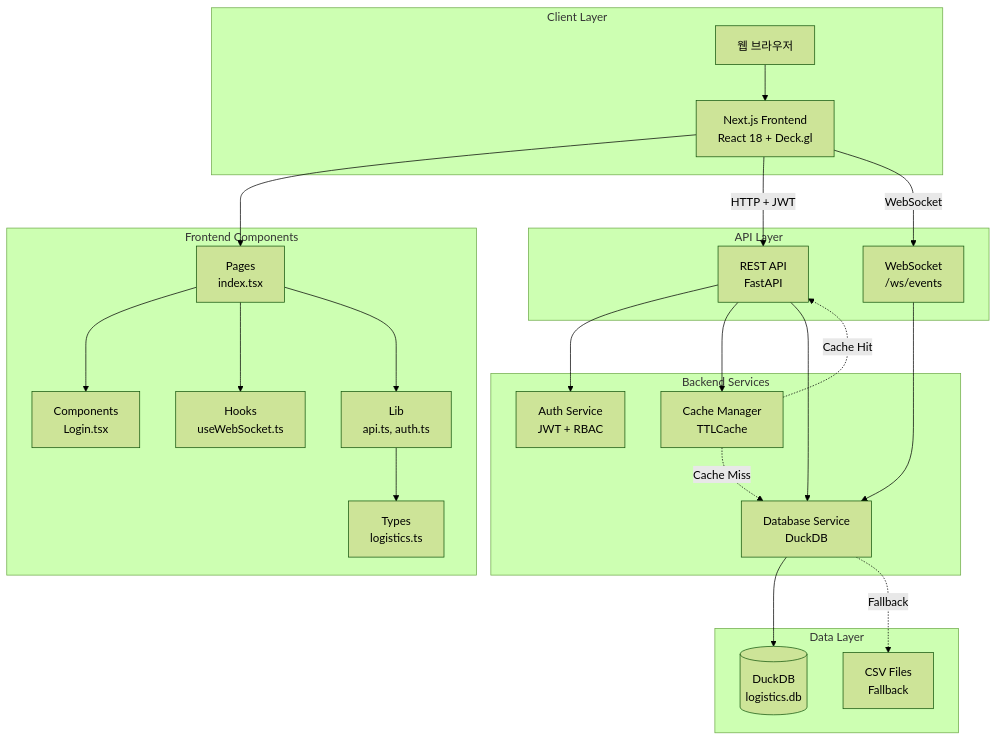
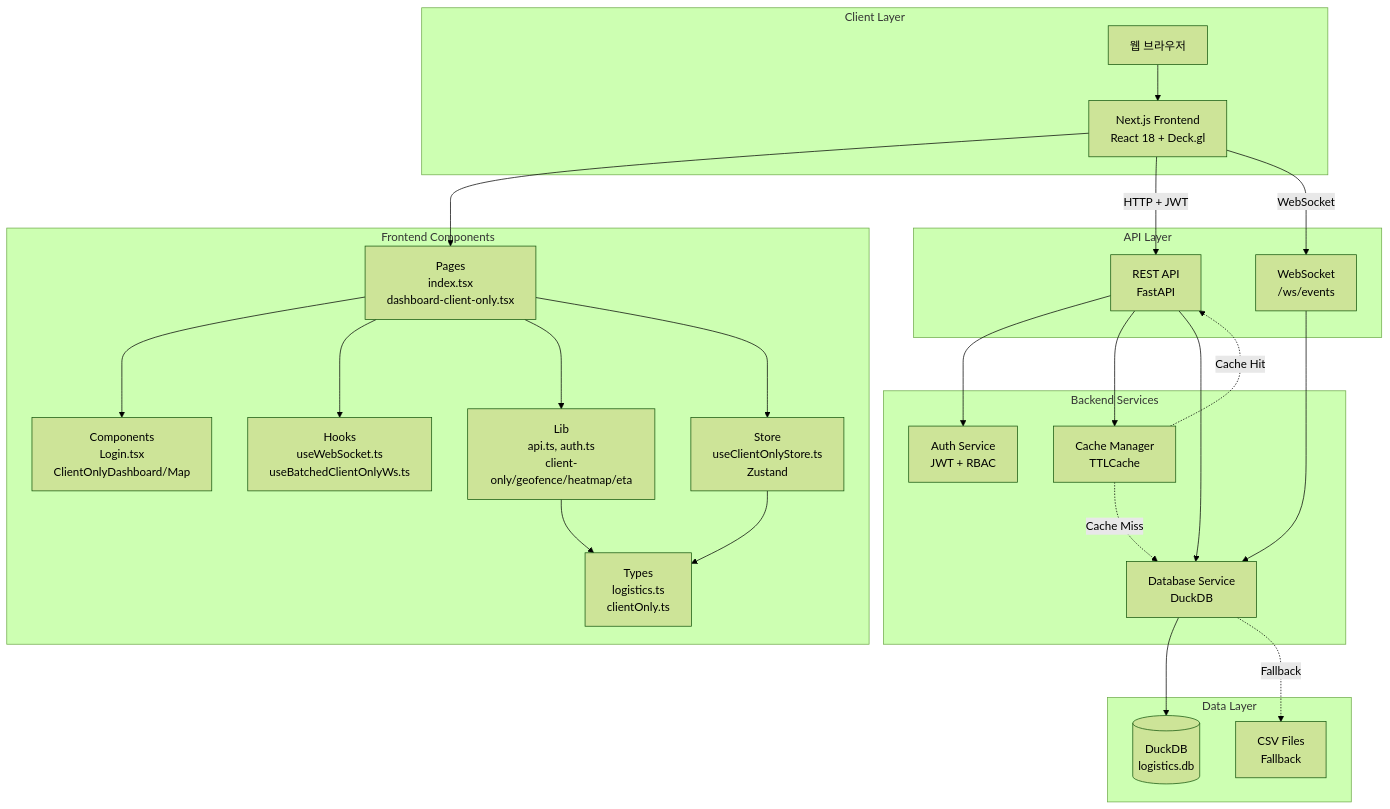
The first of 19 diagrams in docs/System_Architecture.md (macho715/MOSB_LOGISTICS), drawn with Mermaid (forest theme) before and after one commit. The commit also changed other lines of this file and 4 other files, not shown here.

First line of the commit message:
docs: update architecture and implementation documentation

````diff
--- a/docs/System_Architecture.md
+++ b/docs/System_Architecture.md
@@ -39,52 +53,55 @@
 ```mermaid
 graph TB
     subgraph "Client Layer"
         Browser[웹 브라우저]
         UI[Next.js Frontend<br/>React 18 + Deck.gl]
     end
 
     subgraph "Frontend Components"
-        Pages[Pages<br/>index.tsx]
-        Components[Components<br/>Login.tsx]
-        Hooks[Hooks<br/>useWebSocket.ts]
-        Lib[Lib<br/>api.ts, auth.ts]
-        Types[Types<br/>logistics.ts]
+        Pages[Pages<br/>index.tsx<br/>dashboard-client-only.tsx]
+        Components[Components<br/>Login.tsx<br/>ClientOnlyDashboard/Map]
+        Hooks[Hooks<br/>useWebSocket.ts<br/>useBatchedClientOnlyWs.ts]
+        Lib[Lib<br/>api.ts, auth.ts<br/>client-only/geofence/heatmap/eta]
+        Store[Store<br/>useClientOnlyStore.ts<br/>Zustand]
+        Types[Types<br/>logistics.ts<br/>clientOnly.ts]
     end
 
     subgraph "API Layer"
         REST[REST API<br/>FastAPI]
         WS[WebSocket<br/>/ws/events]
     end
 
     subgraph "Backend Services"
         Auth[Auth Service<br/>JWT + RBAC]
         Cache[Cache Manager<br/>TTLCache]
         DB[Database Service<br/>DuckDB]
     end
 
     subgraph "Data Layer"
         DuckDB[(DuckDB<br/>logistics.db)]
         CSV[CSV Files<br/>Fallback]
     end
 
     Browser --> UI
     UI --> Pages
     Pages --> Components
     Pages --> Hooks
     Pages --> Lib
+    Pages --> Store
     Lib --> Types
+    Store --> Types
 
     UI -->|HTTP + JWT| REST
     UI -->|WebSocket| WS
 
     REST --> Auth
     REST --> Cache
     REST --> DB
     WS --> DB
 
     DB --> DuckDB
     DB -.->|Fallback| CSV
 
     Cache -.->|Cache Hit| REST
     Cache -.->|Cache Miss| DB
 ```
````
